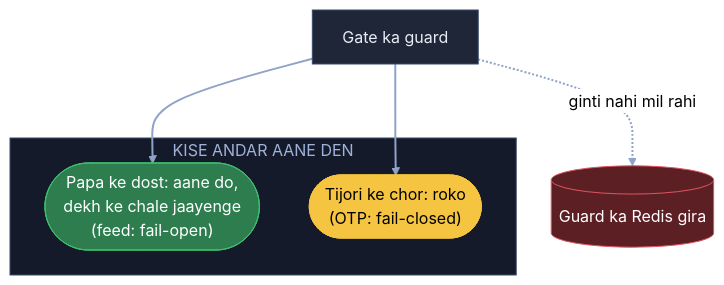
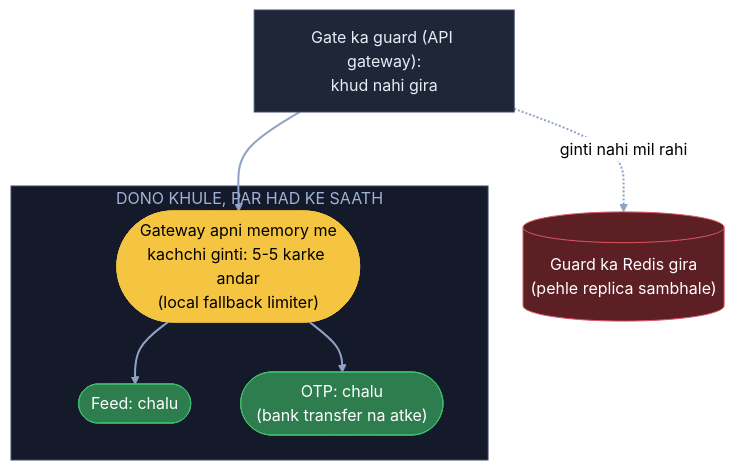
Before and after one commit to ArpanMaheshwari144/Prep: the sixth of 10 diagrams in 04_HLD/SYSTEM_DESIGNS/02_rate_limiter/02_rate_limiter.md, drawn with Mermaid (neutral theme). The commit also changed other lines of this file and 2 other files, not shown here.

Commit message:
Rate limiter kadam 6: Arpan ka naya jawab main (dono khule, gateway 5-5, sirf shaq wale ka OTP band) + kadam 7 doosri kahani

````diff
--- a/04_HLD/SYSTEM_DESIGNS/02_rate_limiter/02_rate_limiter.md
+++ b/04_HLD/SYSTEM_DESIGNS/02_rate_limiter/02_rate_limiter.md
@@ -193,18 +196,20 @@
 ```mermaid
 flowchart TB
-    R[("Guard ka Redis gira")]:::bad
-    G["Gate ka guard"]:::card
-    subgraph KA["KISE ANDAR AANE DEN"]
-        F(["Papa ke dost: aane do,<br/>dekh ke chale jaayenge<br/>(feed: fail-open)"]):::good
-        C(["Tijori ke chor: roko<br/>(OTP: fail-closed)"]):::pill
+    R[("Guard ka Redis gira<br/>(pehle replica sambhale)")]:::bad
+    G["Gate ka guard (API gateway):<br/>khud nahi gira"]:::card
+    subgraph KA["DONO KHULE, PAR HAD KE SAATH"]
+        F(["Feed: chalu"]):::good
+        C(["OTP: chalu<br/>(bank transfer na atke)"]):::good
+        L(["Gateway apni memory me<br/>kachchi ginti: 5-5 karke andar<br/>(local fallback limiter)"]):::pill
     end
     G -. "ginti nahi mil rahi" .-> R
-    G --> F
-    G --> C
+    G --> L
+    L --> F
+    L --> C
     linkStyle default stroke:#8fa3c7,stroke-width:2px
     classDef card fill:#1e2638,stroke:#3a4a6b,color:#e8ecf5
     classDef pill fill:#f5c542,stroke:#f5c542,color:#000
     classDef good fill:#2e7d4f,stroke:#3fbf6f,color:#fff
     classDef bad fill:#5c1f24,stroke:#e05561,color:#fff
     style KA fill:#141a29,stroke:#3a4a6b,color:#9fb3d9
 ```
````
